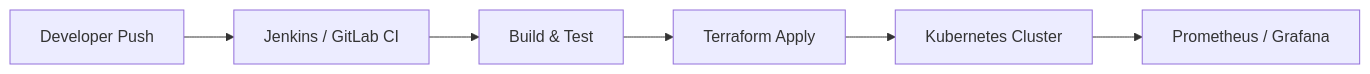
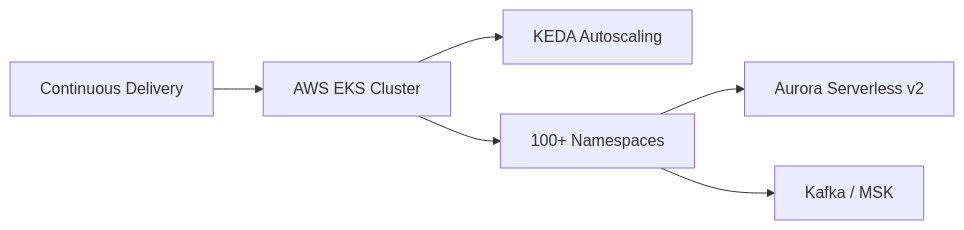
The diagram in src/content/work/cloud-platform-modernization.mdx (jacksmartv/jacksmartv.github.io), drawn with Mermaid before and after one commit. The commit also changed other lines of this file and 9 other files, not shown here.

````diff
--- a/src/content/work/cloud-platform-modernization.mdx
+++ b/src/content/work/cloud-platform-modernization.mdx
@@ -33,8 +35,8 @@
 ```mermaid
 flowchart LR
-    Dev[Developer Push] --> CI[Jenkins / GitLab CI]
-    CI --> Build[Build & Test]
-    Build --> IaC[Terraform Apply]
-    IaC --> K8s[Kubernetes Cluster]
-    K8s --> Monitor[Prometheus / Grafana]
+    Push[Continuous Delivery] --> EKS[AWS EKS Cluster]
+    EKS --> KEDA[KEDA Autoscaling]
+    EKS --> Namespaces[100+ Namespaces]
+    Namespaces --> Aurora[Aurora Serverless v2]
+    Namespaces --> Kafka[Kafka / MSK]
 ```
````
